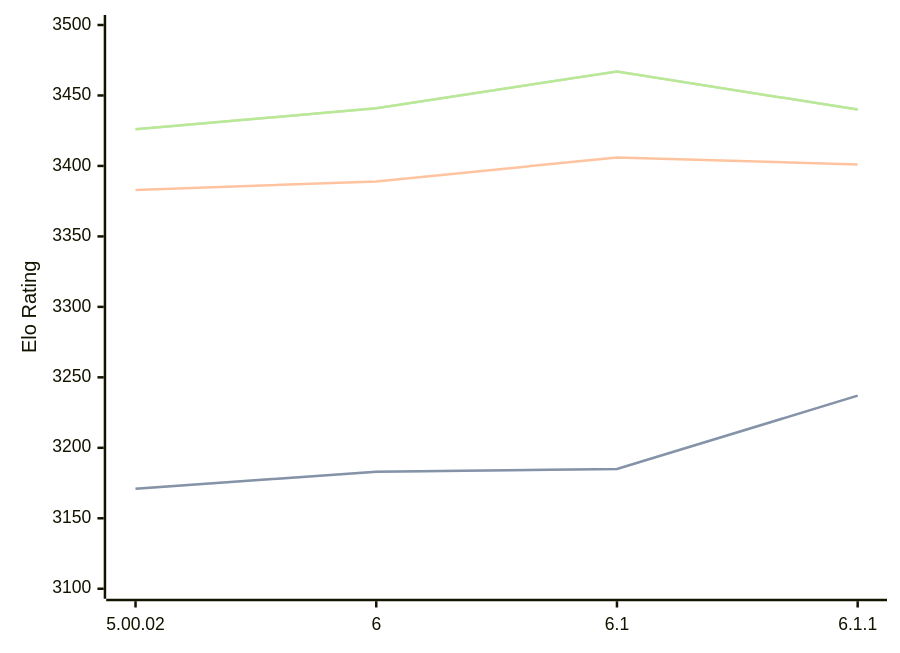
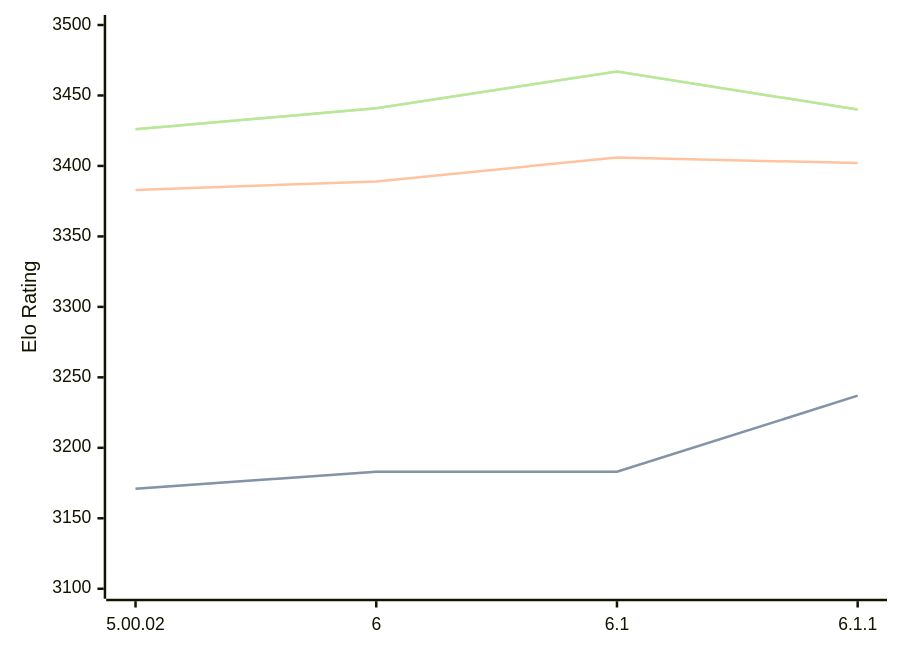
Before and after one commit to computer-chess-index/cci: the diagram in engines/Zangdar.md, drawn with Mermaid. The commit also changed other lines of this file, not shown here.

Commit message:
Update CCI Ratings (ELO VLTC) - 2026-03-17

````diff
--- a/engines/Zangdar.md
+++ b/engines/Zangdar.md
@@ -44,11 +44,11 @@
 ```mermaid
 %%{init: {"theme":"base","themeVariables":{"seriesColors:['#a3a3a3','#222221','#faa371']}}}%%
 xychart-beta
   x-axis ["5.00.02", "6", "6.1", "6.1.1"]
   y-axis "Elo Rating" 3100 --> 3500
-  line "STC (8.0+0.08s)" [3171, 3183, 3185, 3237]
-  line "STC (8.0+0.08s)" [3171, 3183, 3185, 3237]
-  line "LTC (60.0+0.60s)" [3383, 3389, 3406, 3401]
+  line "STC (8.0+0.08s)" [3171, 3183, 3183, 3237]
+  line "STC (8.0+0.08s)" [3171, 3183, 3183, 3237]
+  line "LTC (60.0+0.60s)" [3383, 3389, 3406, 3402]
   line "VLTC (2m24s+1.12s)" [3426, 3441, 3467, 3440]
   line "VLTC (2m24s+1.12s)" [3426, 3441, 3467, 3440]
 ```
````
